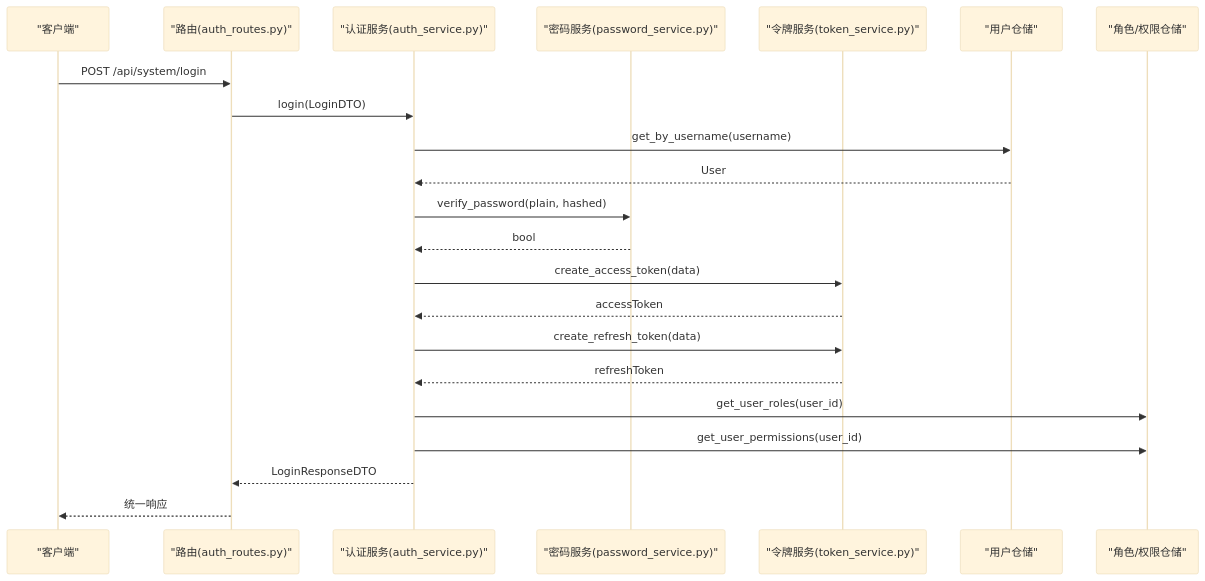
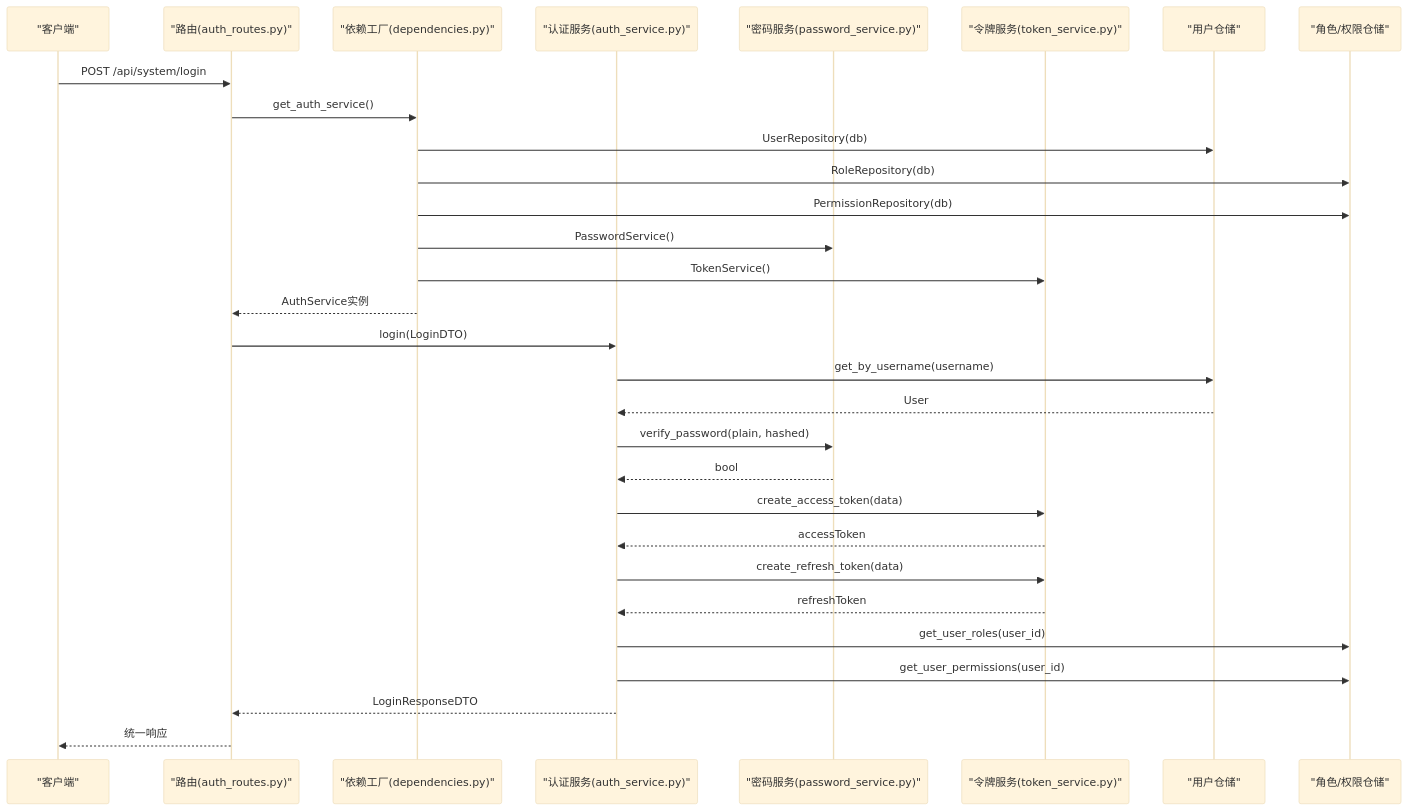
Before and after one commit to taoweidong/Hello-FastApi: the second of 7 diagrams in .qoder/repowiki/zh/content/后端架构设计/DDD 分层架构详解/应用层（Services）.md, drawn with Mermaid (base theme). The commit also changed other lines of this file and 18 other files, not shown here.

````diff
--- a/.qoder/repowiki/zh/content/后端架构设计/DDD 分层架构详解/应用层（Services）.md
+++ b/.qoder/repowiki/zh/content/后端架构设计/DDD 分层架构详解/应用层（Services）.md
@@ -171,24 +180,32 @@
 ```mermaid
 sequenceDiagram
 participant Client as "客户端"
 participant Router as "路由(auth_routes.py)"
+participant Factory as "依赖工厂(dependencies.py)"
 participant Service as "认证服务(auth_service.py)"
 participant Pass as "密码服务(password_service.py)"
 participant Token as "令牌服务(token_service.py)"
 participant RepoU as "用户仓储"
 participant RepoRP as "角色/权限仓储"
 Client->>Router : POST /api/system/login
+Router->>Factory : get_auth_service()
+Factory->>RepoU : UserRepository(db)
+Factory->>RepoRP : RoleRepository(db)
+Factory->>RepoRP : PermissionRepository(db)
+Factory->>Pass : PasswordService()
+Factory->>Token : TokenService()
+Factory-->>Router : AuthService实例
 Router->>Service : login(LoginDTO)
 Service->>RepoU : get_by_username(username)
 RepoU-->>Service : User
 Service->>Pass : verify_password(plain, hashed)
 Pass-->>Service : bool
 Service->>Token : create_access_token(data)
 Token-->>Service : accessToken
 Service->>Token : create_refresh_token(data)
 Token-->>Service : refreshToken
 Service->>RepoRP : get_user_roles(user_id)
 Service->>RepoRP : get_user_permissions(user_id)
 Service-->>Router : LoginResponseDTO
 Router-->>Client : 统一响应
 ```
````
